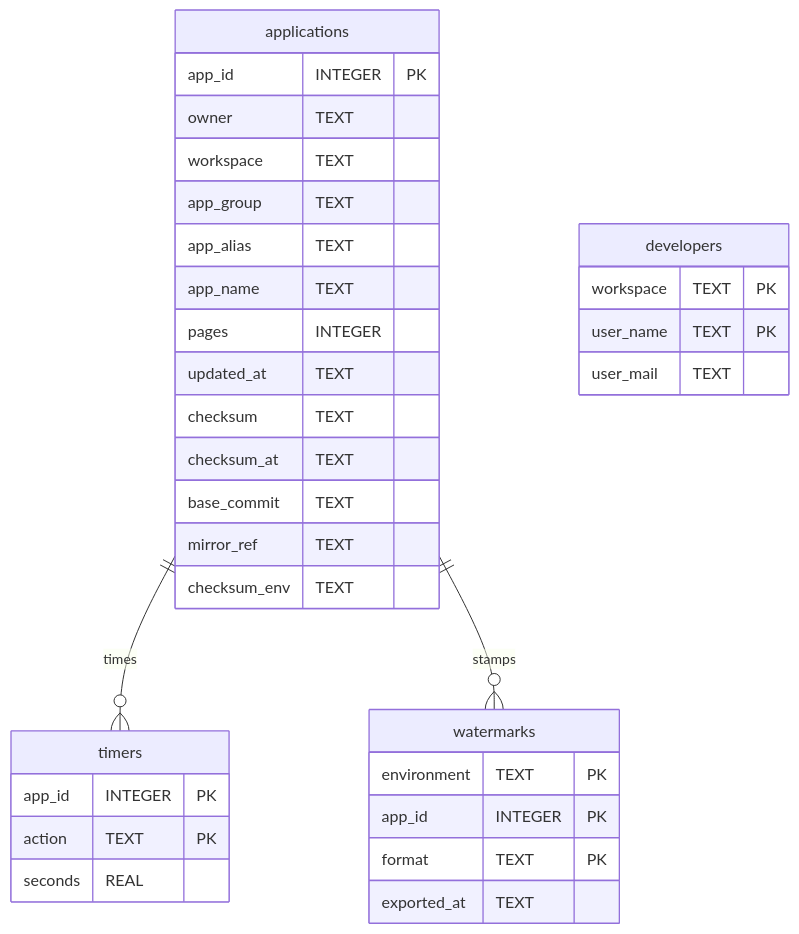
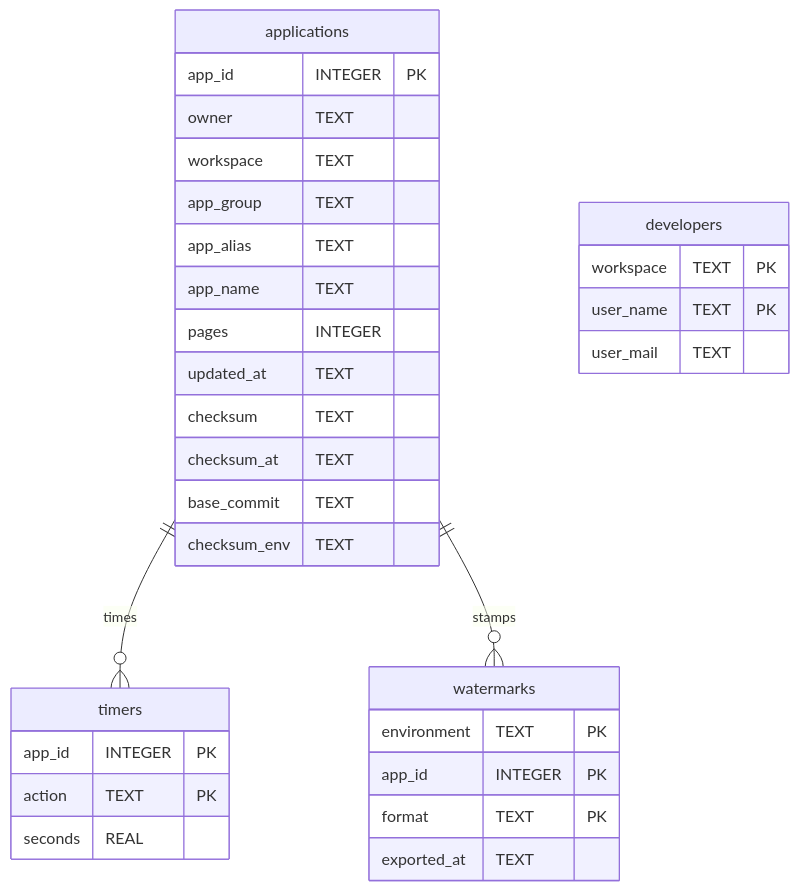
One commit to jkvetina/ADT.ai changed the diagram in docs/storage_apex.md. Above: the diagram before and after it, drawn with Mermaid. The commit also changed other lines of this file and 115 other files, not shown here.

````diff
--- a/docs/storage_apex.md
+++ b/docs/storage_apex.md
@@ -9,36 +9,35 @@
 ```mermaid
 erDiagram
     applications {
         app_id INTEGER PK
         owner TEXT
         workspace TEXT
         app_group TEXT
         app_alias TEXT
         app_name TEXT
         pages INTEGER
         updated_at TEXT
         checksum TEXT
         checksum_at TEXT
         base_commit TEXT
-        mirror_ref TEXT
         checksum_env TEXT
     }
     developers {
         workspace TEXT PK
         user_name TEXT PK
         user_mail TEXT
     }
     timers {
         app_id INTEGER PK
         action TEXT PK
         seconds REAL
     }
     watermarks {
         environment TEXT PK
         app_id INTEGER PK
         format TEXT PK
         exported_at TEXT
     }
     applications ||--o{ timers : times
     applications ||--o{ watermarks : stamps
 ```
````
